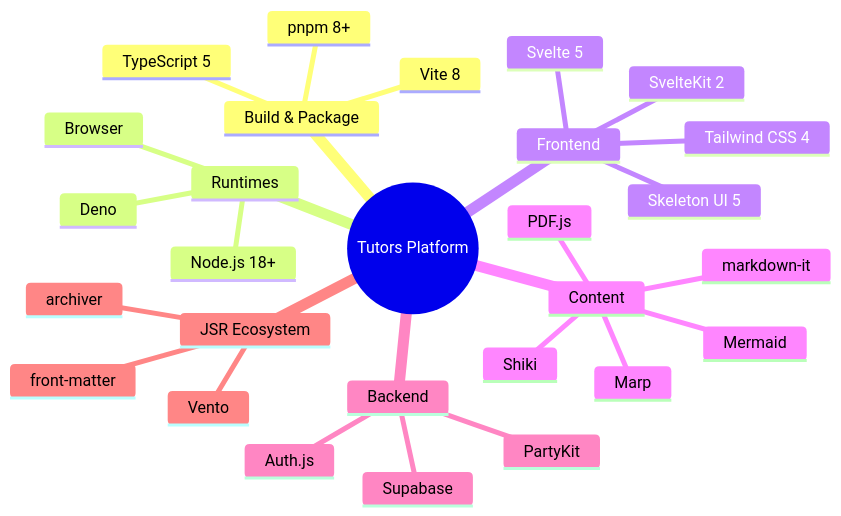
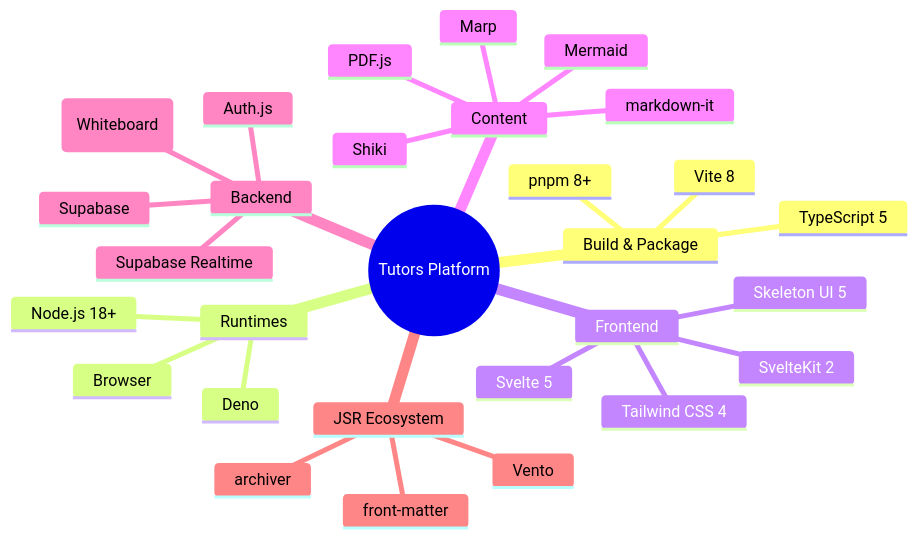
One commit to tutors-sdk/tutors-reference-manual changed the third of 14 diagrams in unit-4-dev/note-architecture/note-architecture.md. Above: the diagram before and after it, drawn with Mermaid. The commit also changed other lines of this file and 2 other files, not shown here.

Commit message:
architecture update

````diff
--- a/unit-4-dev/note-architecture/note-architecture.md
+++ b/unit-4-dev/note-architecture/note-architecture.md
@@ -155,31 +155,32 @@
 ```mermaid
 mindmap
   root((Tutors Platform))
     Build & Package
       pnpm 8+
       Vite 8
       TypeScript 5
     Runtimes
       Deno
       Node.js 18+
       Browser
     Frontend
       Svelte 5
       SvelteKit 2
       Tailwind CSS 4
       Skeleton UI 5
     Content
       markdown-it
       Shiki
       Marp
       Mermaid
       PDF.js
     Backend
       Supabase
-      PartyKit
+      Supabase Realtime
       Auth.js
+      PartyKit (Whiteboard)
     JSR Ecosystem
       Vento
       archiver
       front-matter
 ```
````
